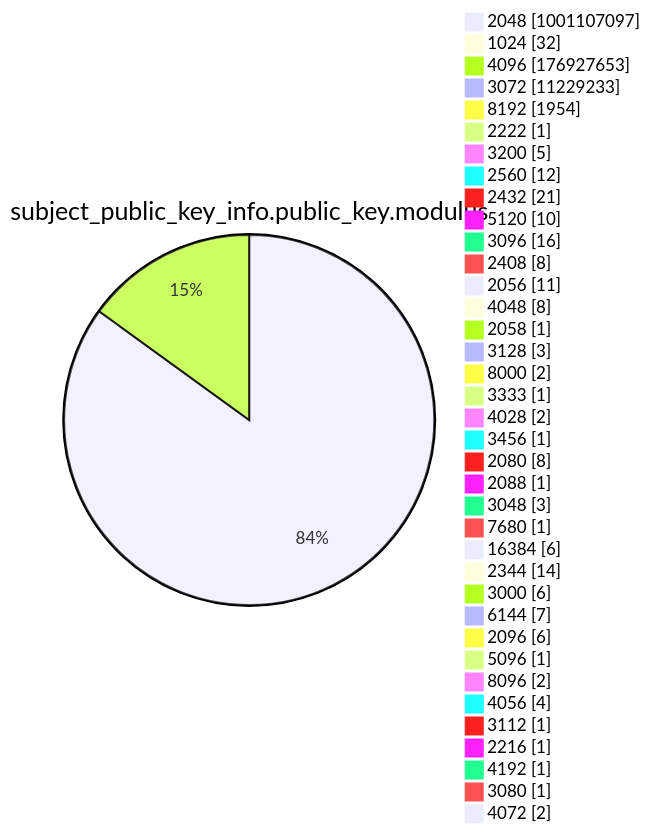
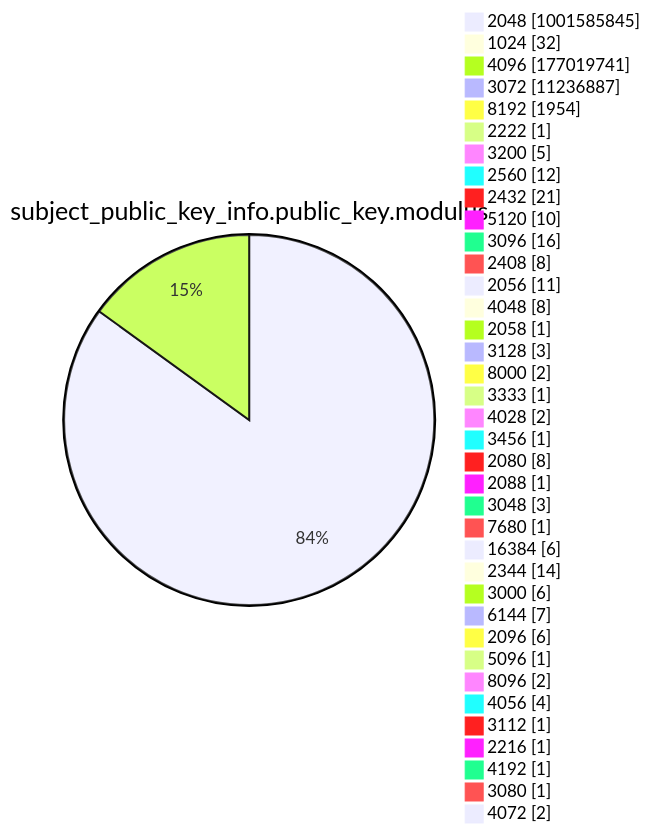
Before and after one commit to christiankrug/ctmonitor_visualization: diagram 13 of 15 in argon2022/README.md, drawn with Mermaid. The commit also changed other lines of this file, not shown here.

````diff
--- a/argon2022/README.md
+++ b/argon2022/README.md
@@ -3587,41 +3587,41 @@
 ```mermaid
 pie showData
 title subject_public_key_info.public_key.modulus
-"2048" :1001107097
+"2048" :1001585845
 "1024" :32
-"4096" :176927653
-"3072" :11229233
+"4096" :177019741
+"3072" :11236887
 "8192" :1954
 "2222" :1
 "3200" :5
 "2560" :12
 "2432" :21
 "5120" :10
 "3096" :16
 "2408" :8
 "2056" :11
 "4048" :8
 "2058" :1
 "3128" :3
 "8000" :2
 "3333" :1
 "4028" :2
 "3456" :1
 "2080" :8
 "2088" :1
 "3048" :3
 "7680" :1
 "16384" :6
 "2344" :14
 "3000" :6
 "6144" :7
 "2096" :6
 "5096" :1
 "8096" :2
 "4056" :4
 "3112" :1
 "2216" :1
 "4192" :1
 "3080" :1
 "4072" :2
 ```
````
